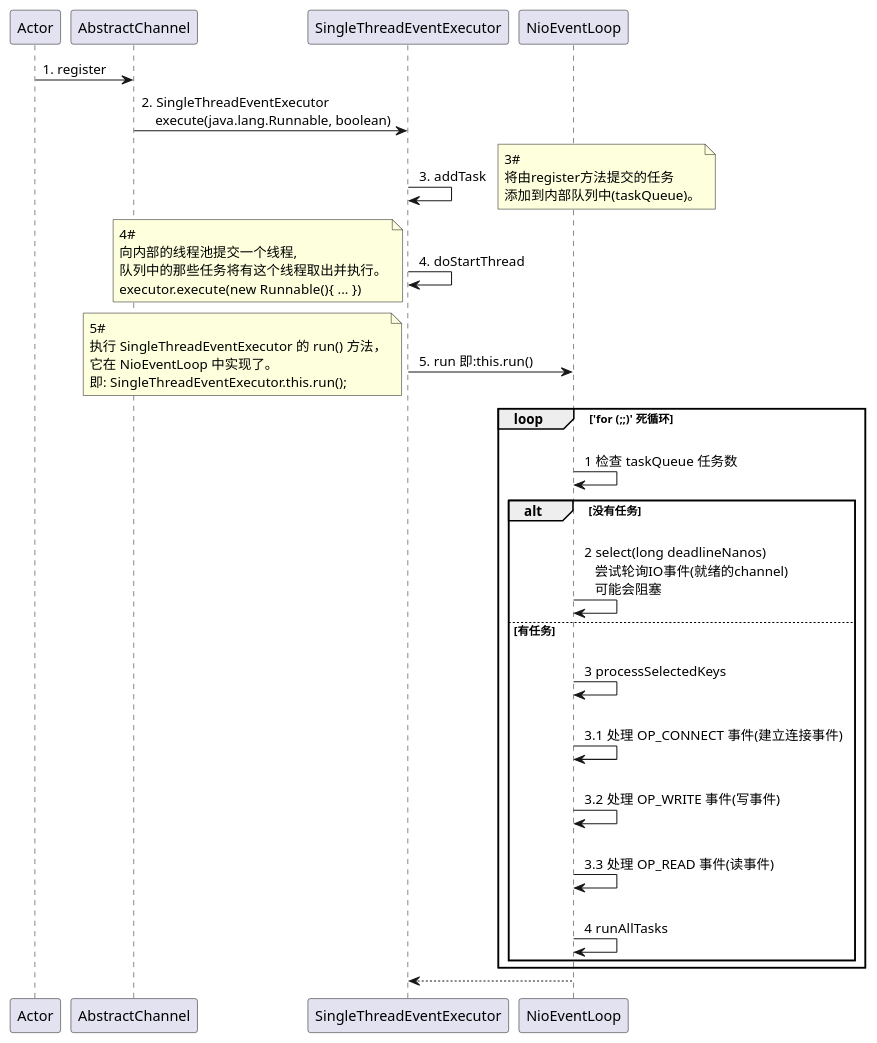
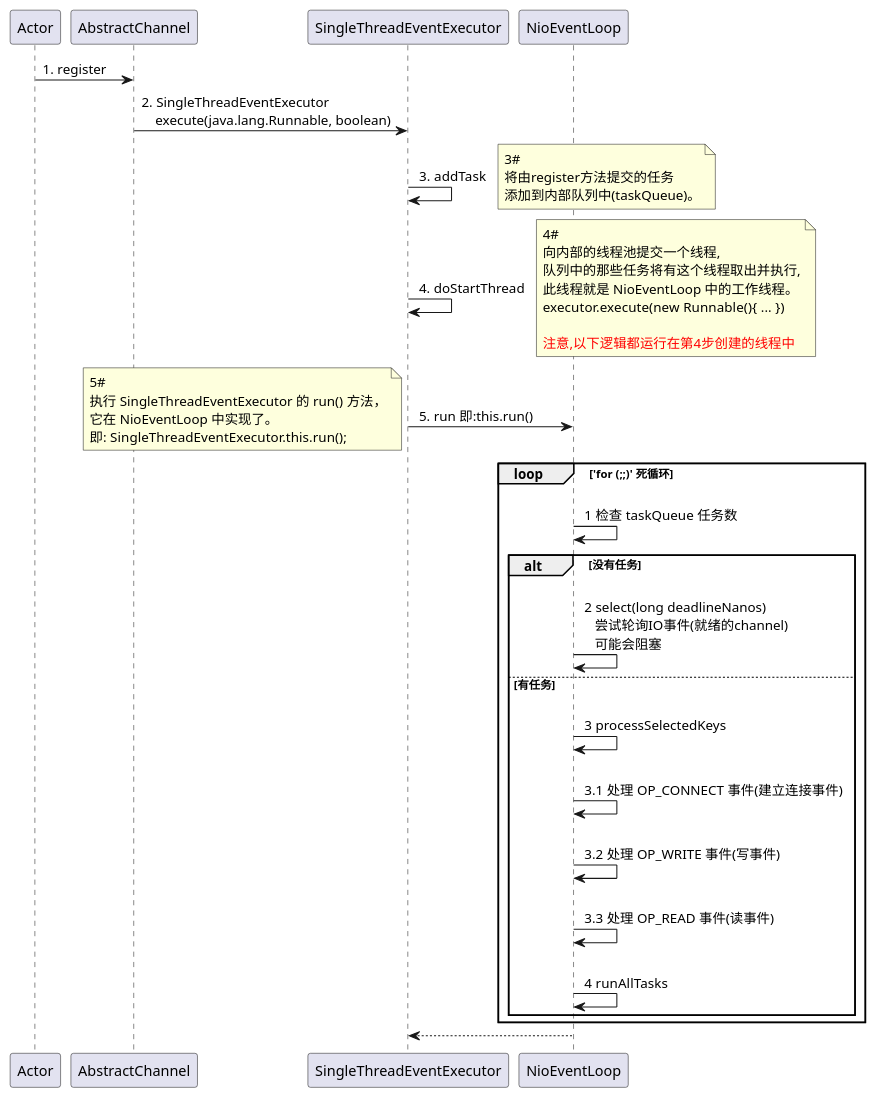
Before and after one commit to Simba-cheng/netty: the diagram in puml/NioEventLoop#run.puml, drawn with PlantUML.

Commit message:
refactor(code): 源码添加注释、流程图、类图

```diff
--- a/puml/NioEventLoop#run.puml
+++ b/puml/NioEventLoop#run.puml
@@ -1,48 +1,51 @@
 @startuml participant
 
 Actor -> AbstractChannel: 1. register
 
 AbstractChannel -> SingleThreadEventExecutor: 2. SingleThreadEventExecutor \n    execute(java.lang.Runnable, boolean)
 
 SingleThreadEventExecutor -> SingleThreadEventExecutor: \n 3. addTask
 note right
 3#
 将由register方法提交的任务
 添加到内部队列中(taskQueue)。
 end note
 
 SingleThreadEventExecutor -> SingleThreadEventExecutor: \n 4. doStartThread
-note left
+note right
 4#
 向内部的线程池提交一个线程,
-队列中的那些任务将有这个线程取出并执行。
+队列中的那些任务将有这个线程取出并执行,
+此线程就是 NioEventLoop 中的工作线程。
 executor.execute(new Runnable(){ ... })
+
+<color:#FF0000>注意,以下逻辑都运行在第4步创建的线程中</color>
 end note
 
 SingleThreadEventExecutor -> NioEventLoop: \n 5. run 即:this.run()
 note left
 5#
 执行 SingleThreadEventExecutor 的 run() 方法，
 它在 NioEventLoop 中实现了。
 即: SingleThreadEventExecutor.this.run();
 end note
 
 ' ----- 分割线 -----
 loop 'for (;;)' 死循环
     NioEventLoop -> NioEventLoop: \n 1 检查 taskQueue 任务数
 
     alt 没有任务
         NioEventLoop -> NioEventLoop: \n 2 select(long deadlineNanos) \n    尝试轮询IO事件(就绪的channel) \n    可能会阻塞
     else 有任务
         NioEventLoop -> NioEventLoop: \n 3 processSelectedKeys
         NioEventLoop -> NioEventLoop: \n 3.1 处理 OP_CONNECT 事件(建立连接事件)
         NioEventLoop -> NioEventLoop: \n 3.2 处理 OP_WRITE 事件(写事件)
         NioEventLoop -> NioEventLoop: \n 3.3 处理 OP_READ 事件(读事件)
 
         NioEventLoop -> NioEventLoop: \n 4 runAllTasks
     end
 end
 ' ----- 分割线 -----
 
 SingleThreadEventExecutor <-- NioEventLoop
 @enduml
```
